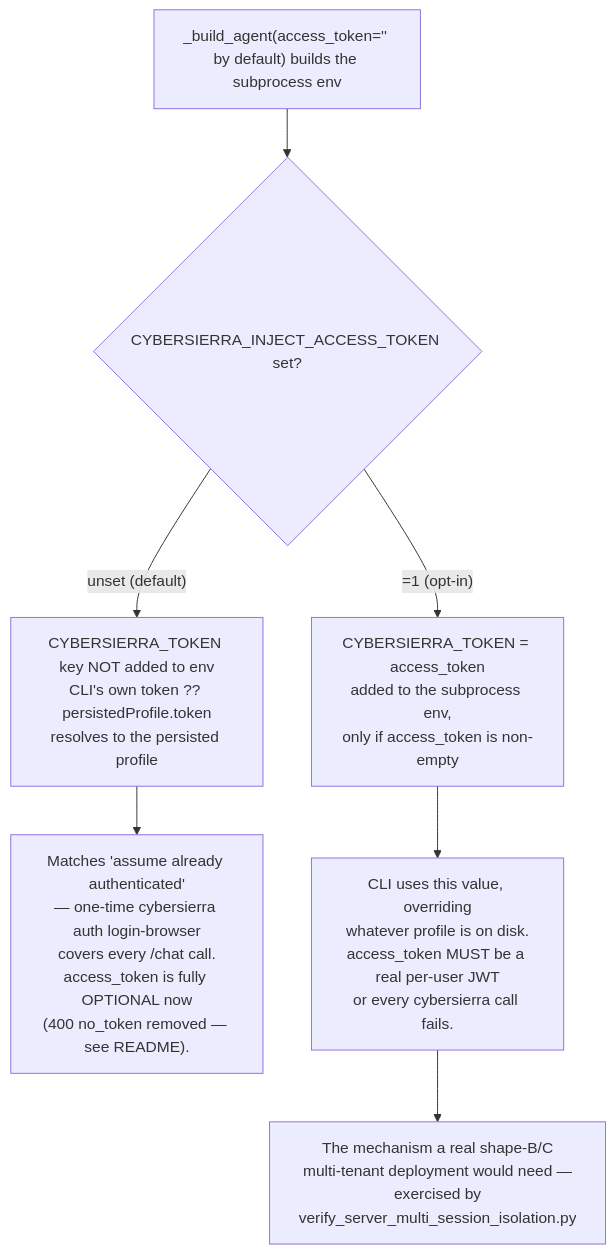
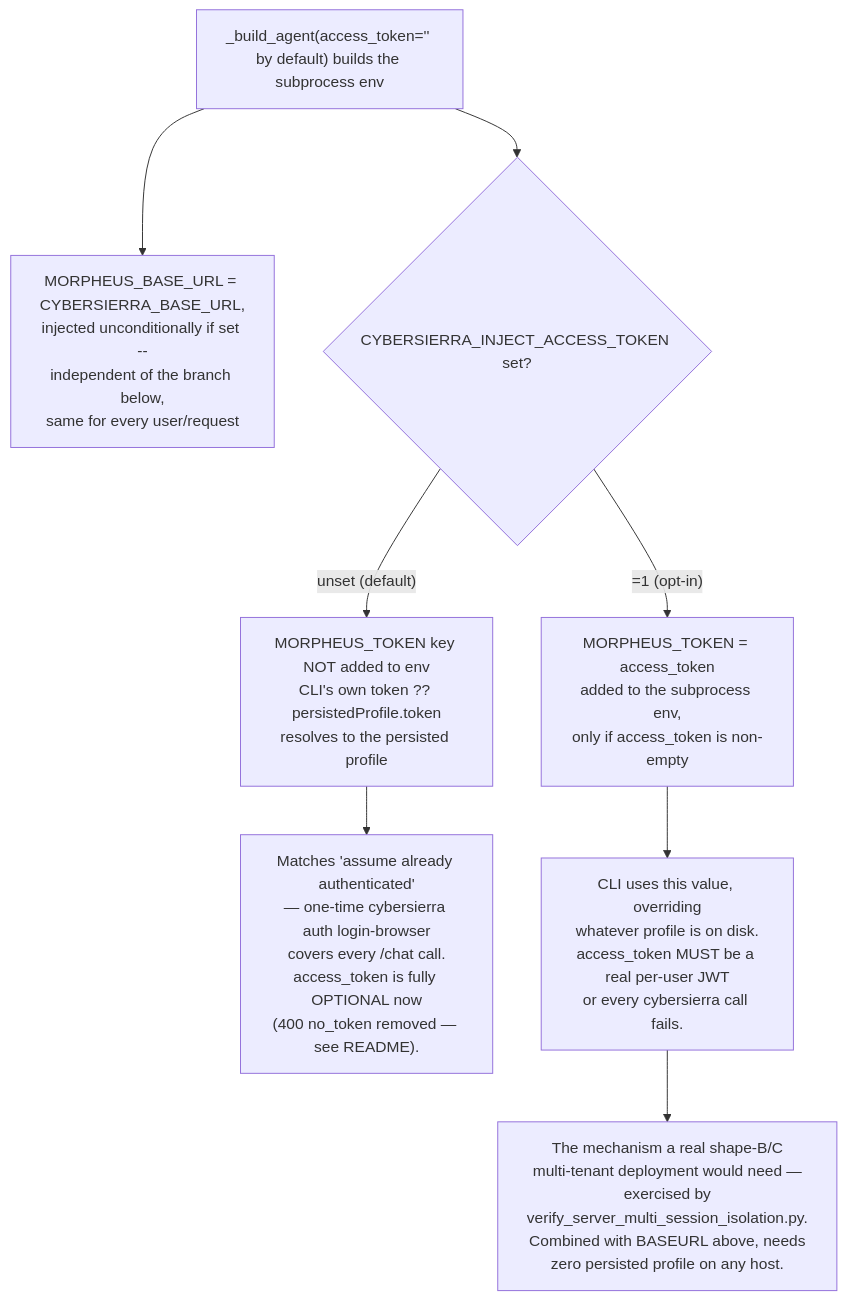
The fifth of 5 diagrams in ARCHITECTURE.md (mathew-v-keyvalue/deepagent-sdk-cli-harness-poc), drawn with Mermaid before and after one commit. The commit also changed other lines of this file and 22 other files, not shown here.

````diff
--- a/ARCHITECTURE.md
+++ b/ARCHITECTURE.md
@@ -173,13 +190,15 @@
 ```mermaid
 flowchart TD
     START["_build_agent(access_token='' by default) builds the subprocess env"]
+    BASEURL["MORPHEUS_BASE_URL = CYBERSIERRA_BASE_URL,<br/>injected unconditionally if set --<br/>independent of the branch below,<br/>same for every user/request"]
     CHECK{"CYBERSIERRA_INJECT_ACCESS_TOKEN set?"}
+    START --> BASEURL
     START --> CHECK
 
-    CHECK -- "unset (default)" --> DEFAULT["CYBERSIERRA_TOKEN key NOT added to env<br/>CLI's own token ?? persistedProfile.token<br/>resolves to the persisted profile"]
+    CHECK -- "unset (default)" --> DEFAULT["MORPHEUS_TOKEN key NOT added to env<br/>CLI's own token ?? persistedProfile.token<br/>resolves to the persisted profile"]
     DEFAULT --> ASSUME["Matches 'assume already authenticated'<br/>— one-time cybersierra auth login-browser<br/>covers every /chat call.<br/>access_token is fully OPTIONAL now<br/>(400 no_token removed — see README)."]
 
-    CHECK -- "=1 (opt-in)" --> INJECT["CYBERSIERRA_TOKEN = access_token<br/>added to the subprocess env,<br/>only if access_token is non-empty"]
+    CHECK -- "=1 (opt-in)" --> INJECT["MORPHEUS_TOKEN = access_token<br/>added to the subprocess env,<br/>only if access_token is non-empty"]
     INJECT --> REAL["CLI uses this value, overriding<br/>whatever profile is on disk.<br/>access_token MUST be a real per-user JWT<br/>or every cybersierra call fails."]
-    REAL --> SHAPE["The mechanism a real shape-B/C<br/>multi-tenant deployment would need —<br/>exercised by<br/>verify_server_multi_session_isolation.py"]
+    REAL --> SHAPE["The mechanism a real shape-B/C<br/>multi-tenant deployment would need —<br/>exercised by<br/>verify_server_multi_session_isolation.py.<br/>Combined with BASEURL above, needs<br/>zero persisted profile on any host."]
 ```
````
